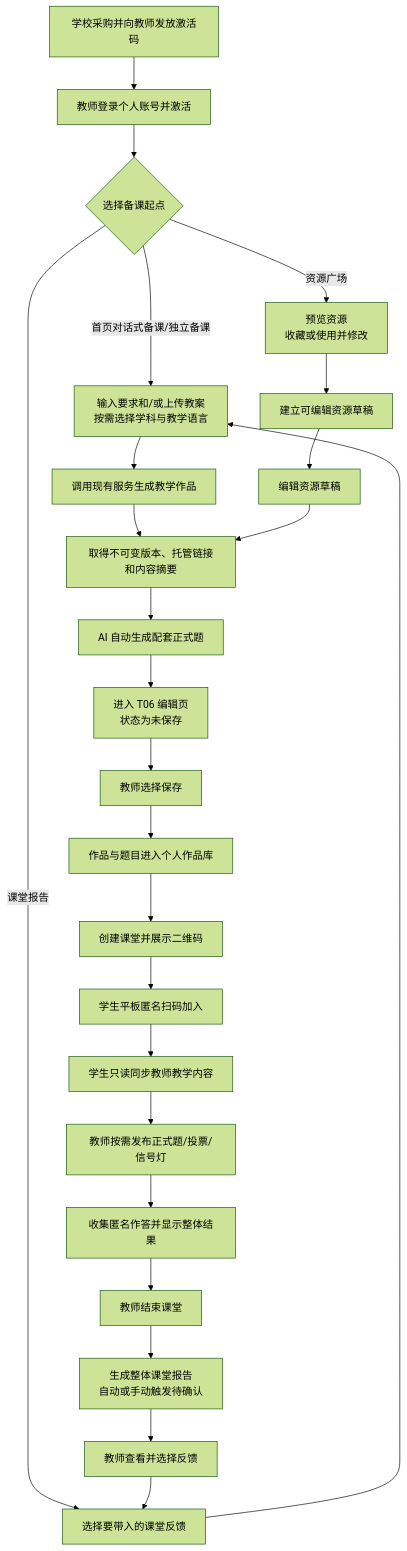
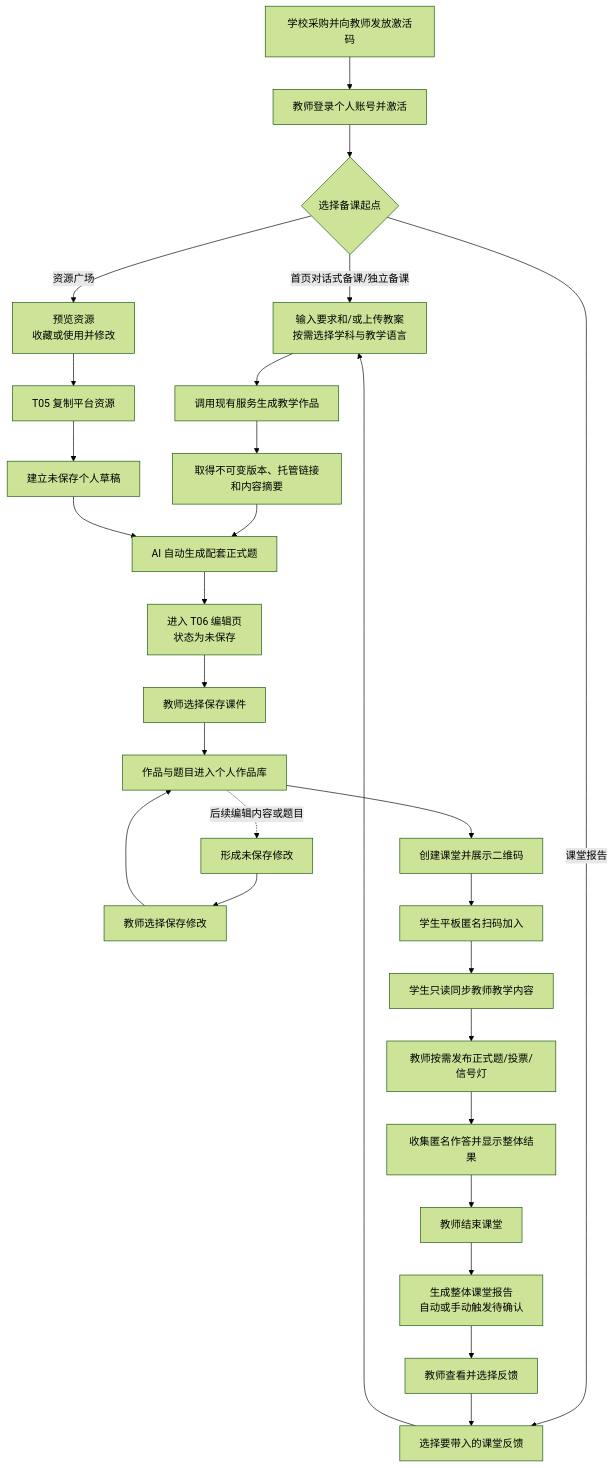
One commit to AlettaOkori/Hongkong-K12 changed the second of 6 diagrams in teeko-prd.md. Above: the diagram before and after it, drawn with Mermaid (forest theme). The commit also changed other lines of this file and 7 other files, not shown here.

Commit message:
Update Teeko save flow and docs

````diff
--- a/teeko-prd.md
+++ b/teeko-prd.md
@@ -246,27 +244,30 @@
 ```mermaid
 flowchart TD
     A[学校采购并向教师发放激活码] --> B[教师登录个人账号并激活]
     B --> C{选择备课起点}
     C -->|首页对话式备课/独立备课| D[输入要求和/或上传教案\n按需选择学科与教学语言]
     C -->|资源广场| E[预览资源\n收藏或使用并修改]
     C -->|课堂报告| F[选择要带入的课堂反馈]
-    E --> G[建立可编辑资源草稿]
+    E --> G[T05 复制平台资源]
     F --> D
     D --> H[调用现有服务生成教学作品]
-    G --> H2[编辑资源草稿]
+    G --> G2[建立未保存个人草稿]
     H --> I[取得不可变版本、托管链接和内容摘要]
-    H2 --> I
     I --> J[AI 自动生成配套正式题]
+    G2 --> J
     J --> K[进入 T06 编辑页\n状态为未保存]
-    K --> L[教师选择保存]
+    K --> L[教师选择保存课件]
     L --> M[作品与题目进入个人作品库]
+    M -.后续编辑内容或题目.-> M2[形成未保存修改]
+    M2 --> M3[教师选择保存修改]
+    M3 --> M
     M --> N[创建课堂并展示二维码]
     N --> O[学生平板匿名扫码加入]
     O --> P[学生只读同步教师教学内容]
     P --> Q[教师按需发布正式题/投票/信号灯]
     Q --> R[收集匿名作答并显示整体结果]
     R --> S[教师结束课堂]
     S --> T[生成整体课堂报告\n自动或手动触发待确认]
     T --> U[教师查看并选择反馈]
     U --> F
 ```
````
